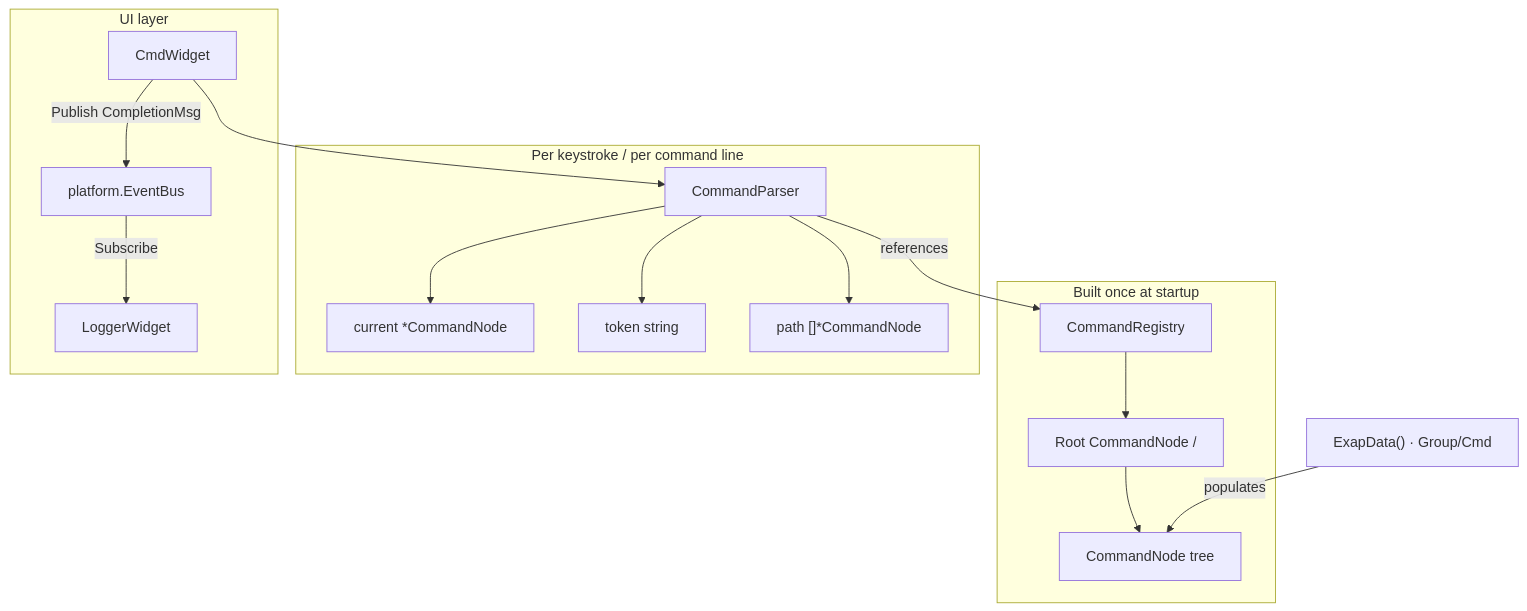
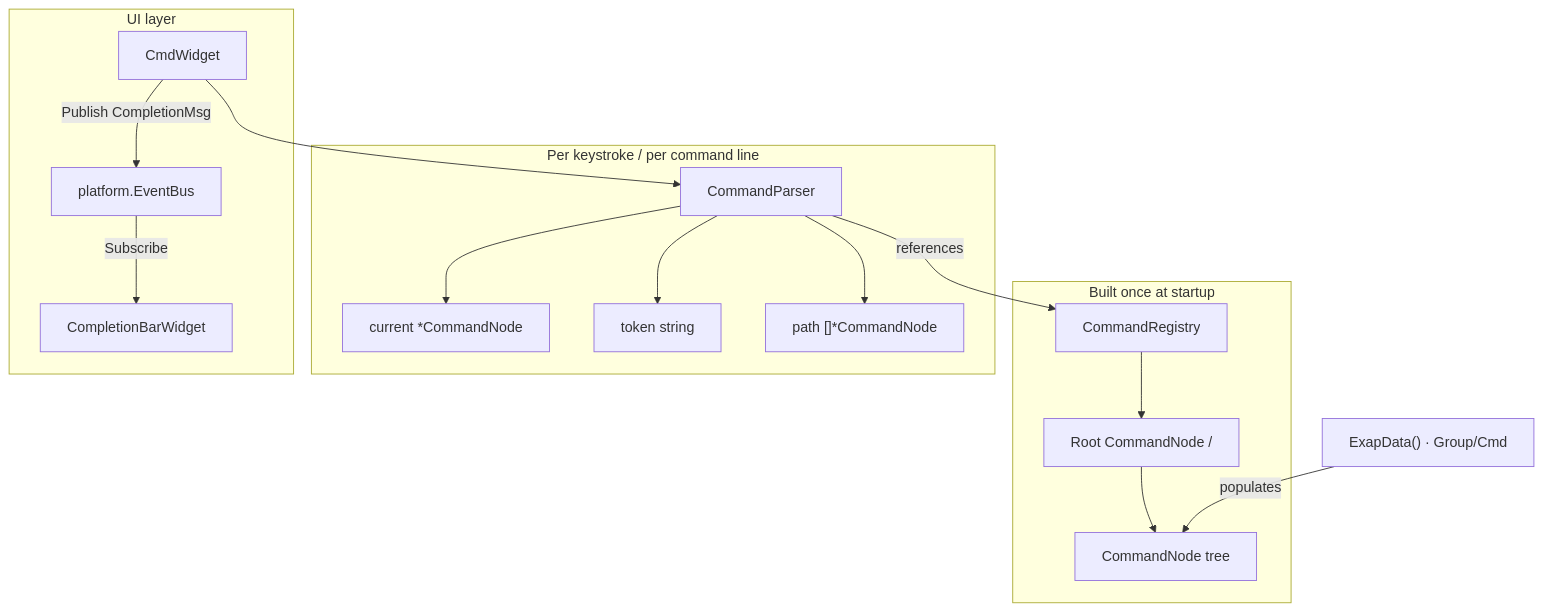
One commit to yairgd/gdbforge changed the first of 2 diagrams in docs/COMMAND_SYSTEM.md. Above: the diagram before and after it, drawn with Mermaid. The commit also changed other lines of this file and 9 other files, not shown here.

````diff
--- a/docs/COMMAND_SYSTEM.md
+++ b/docs/COMMAND_SYSTEM.md
@@ -28,32 +28,32 @@
 ```mermaid
 flowchart TB
     subgraph static ["Built once at startup"]
         Registry["CommandRegistry"]
         Root["Root CommandNode /"]
         Tree["CommandNode tree"]
         Registry --> Root
         Root --> Tree
     end
 
     subgraph dynamic ["Per keystroke / per command line"]
         Parser["CommandParser"]
         Current["current *CommandNode"]
         Token["token string"]
         Path["path []*CommandNode"]
         Parser --> Current
         Parser --> Token
         Parser --> Path
     end
 
     subgraph ui ["UI layer"]
         CmdW["CmdWidget"]
         Bus["platform.EventBus"]
-        LogW["LoggerWidget"]
+        Bar["CompletionBarWidget"]
         CmdW --> Parser
         CmdW -->|"Publish CompletionMsg"| Bus
-        Bus -->|"Subscribe"| LogW
+        Bus -->|"Subscribe"| Bar
     end
 
     Parser -->|"references"| Registry
     DSL["ExapData() · Group/Cmd"] -->|"populates"| Tree
 ```
````
